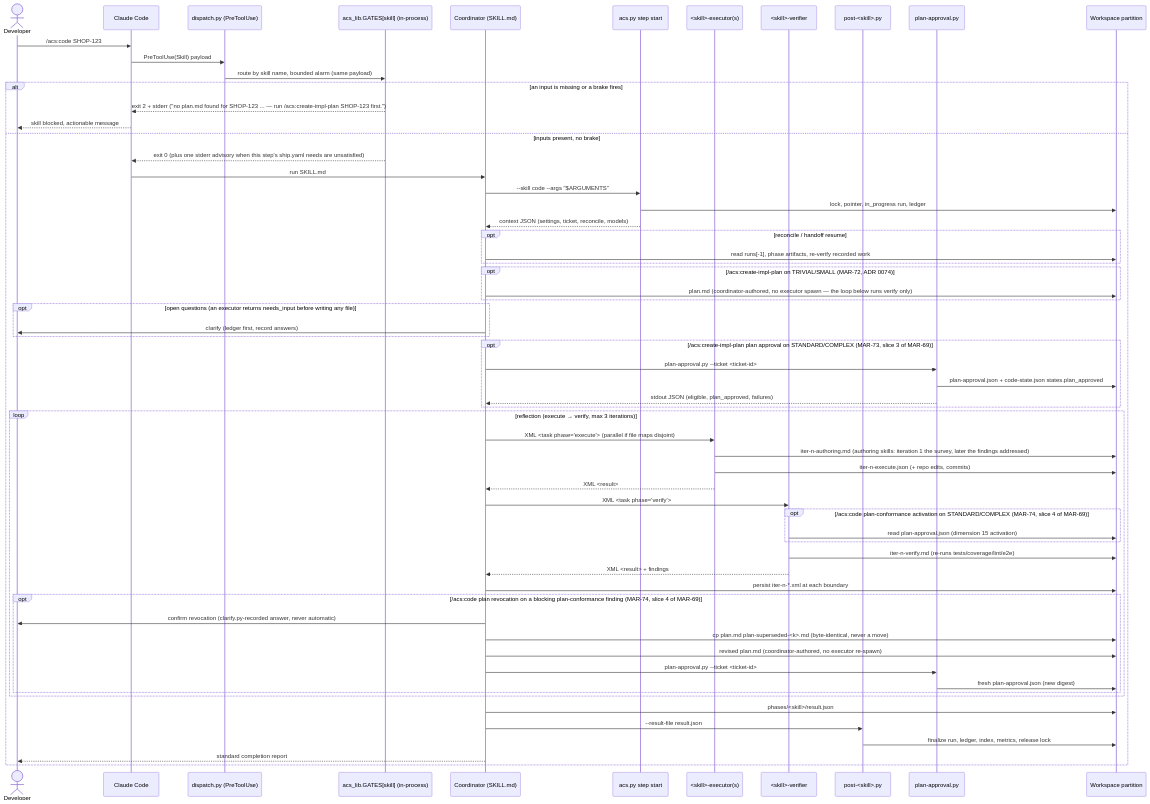
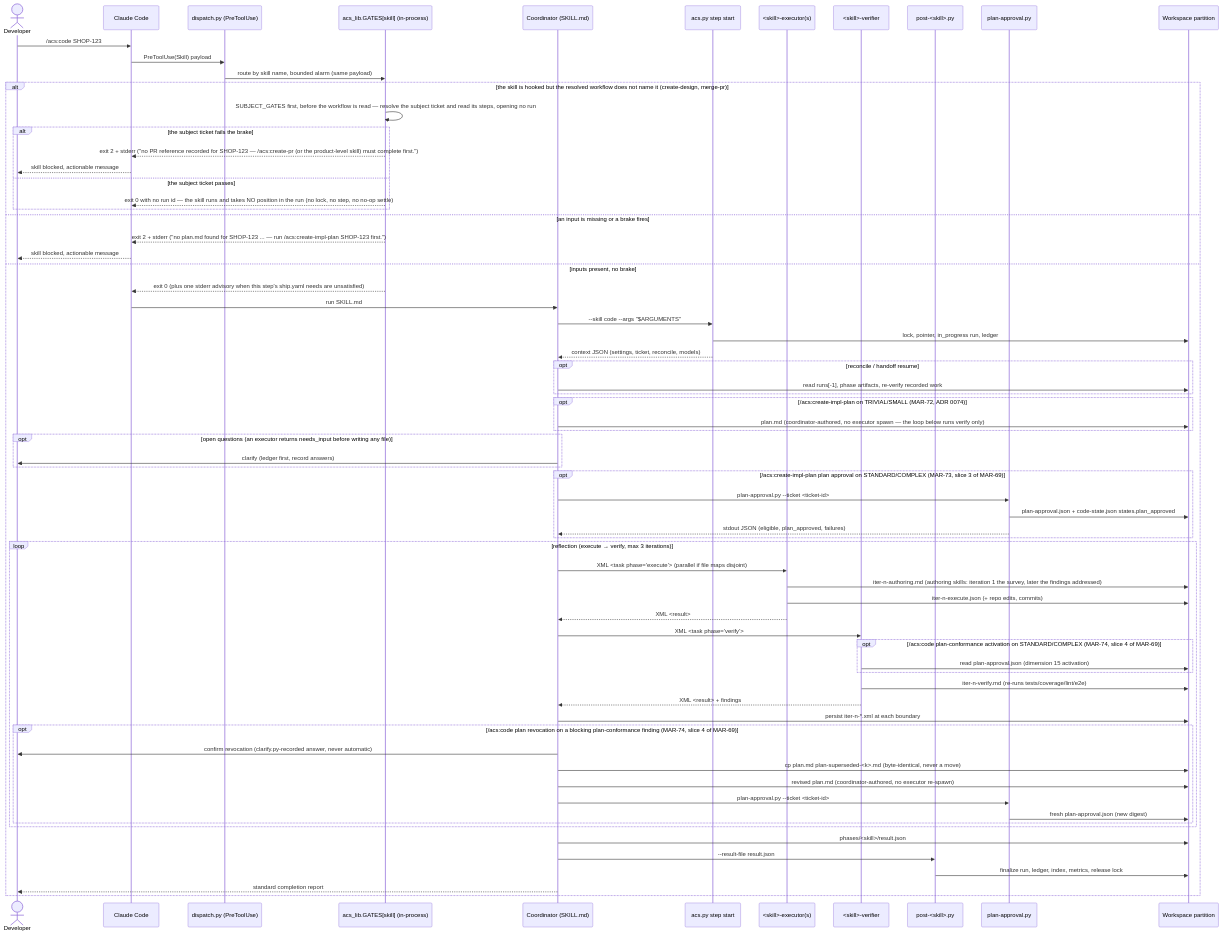
The diagram in docs/architecture/lld/flows/hook-gated-skill-run.md (globalmindsolution/gms-marketplace), drawn with Mermaid before and after one commit. The commit also changed other lines of this file and 34 other files, not shown here.

Commit message:
[MAR-586] Restore the three dead pre-hook gates (#562)

````diff
--- a/docs/architecture/lld/flows/hook-gated-skill-run.md
+++ b/docs/architecture/lld/flows/hook-gated-skill-run.md
@@ -56,66 +56,74 @@
 ```mermaid
 sequenceDiagram
     actor Dev as Developer
     participant CC as Claude Code
     participant D as dispatch.py (PreToolUse)
     participant PRE as acs_lib.GATES[skill] (in-process)
     participant CO as Coordinator (SKILL.md)
     participant SS as acs.py step start
     participant EX as <skill>-executor(s)
     participant VF as <skill>-verifier
     participant POST as post-<skill>.py
     participant PA as plan-approval.py
     participant WS as Workspace partition
 
     Dev->>CC: /acs:code SHOP-123
     CC->>D: PreToolUse(Skill) payload
     D->>PRE: route by skill name, bounded alarm (same payload)
-    alt an input is missing or a brake fires
+    alt the skill is hooked but the resolved workflow does not name it (create-design, merge-pr)
+        PRE->>PRE: SUBJECT_GATES first, before the workflow is read — resolve the subject ticket and read its steps, opening no run
+        alt the subject ticket fails the brake
+            PRE-->>CC: exit 2 + stderr ("no PR reference recorded for SHOP-123 — /acs:create-pr (or the product-level skill) must complete first.")
+            CC-->>Dev: skill blocked, actionable message
+        else the subject ticket passes
+            PRE-->>CC: exit 0 with no run id — the skill runs and takes NO position in the run (no lock, no step, no no-op settle)
+        end
+    else an input is missing or a brake fires
         PRE-->>CC: exit 2 + stderr ("no plan.md found for SHOP-123 ... — run /acs:create-impl-plan SHOP-123 first.")
         CC-->>Dev: skill blocked, actionable message
     else inputs present, no brake
         PRE-->>CC: exit 0 (plus one stderr advisory when this step's ship.yaml needs are unsatisfied)
         CC->>CO: run SKILL.md
         CO->>SS: --skill code --args "$ARGUMENTS"
         SS->>WS: lock, pointer, in_progress run, ledger
         SS-->>CO: context JSON (settings, ticket, reconcile, models)
         opt reconcile / handoff resume
             CO->>WS: read runs[-1], phase artifacts, re-verify recorded work
         end
         opt /acs:create-impl-plan on TRIVIAL/SMALL (MAR-72, ADR 0074)
             CO->>WS: plan.md (coordinator-authored, no executor spawn — the loop below runs verify only)
         end
         opt open questions (an executor returns needs_input before writing any file)
             CO->>Dev: clarify (ledger first, record answers)
         end
         opt /acs:create-impl-plan plan approval on STANDARD/COMPLEX (MAR-73, slice 3 of MAR-69)
             CO->>PA: plan-approval.py --ticket <ticket-id>
             PA->>WS: plan-approval.json + code-state.json states.plan_approved
             PA-->>CO: stdout JSON (eligible, plan_approved, failures)
         end
         loop reflection (execute → verify, max 3 iterations)
             CO->>EX: XML <task phase="execute"> (parallel if file maps disjoint)
             EX->>WS: iter-n-authoring.md (authoring skills: iteration 1 the survey, later the findings addressed)
             EX->>WS: iter-n-execute.json (+ repo edits, commits)
             EX-->>CO: XML <result>
             CO->>VF: XML <task phase="verify">
             opt /acs:code plan-conformance activation on STANDARD/COMPLEX (MAR-74, slice 4 of MAR-69)
                 VF->>WS: read plan-approval.json (dimension 15 activation)
             end
             VF->>WS: iter-n-verify.md (re-runs tests/coverage/lint/e2e)
             VF-->>CO: XML <result> + findings
             CO->>WS: persist iter-n-*.xml at each boundary
             opt /acs:code plan revocation on a blocking plan-conformance finding (MAR-74, slice 4 of MAR-69)
                 CO->>Dev: confirm revocation (clarify.py-recorded answer, never automatic)
                 CO->>WS: cp plan.md plan-superseded-<k>.md (byte-identical, never a move)
                 CO->>WS: revised plan.md (coordinator-authored, no executor re-spawn)
                 CO->>PA: plan-approval.py --ticket <ticket-id>
                 PA->>WS: fresh plan-approval.json (new digest)
             end
         end
         CO->>WS: phases/<skill>/result.json
         CO->>POST: --result-file result.json
         POST->>WS: finalize run, ledger, index, metrics, release lock
         CO-->>Dev: standard completion report
     end
 ```
````
